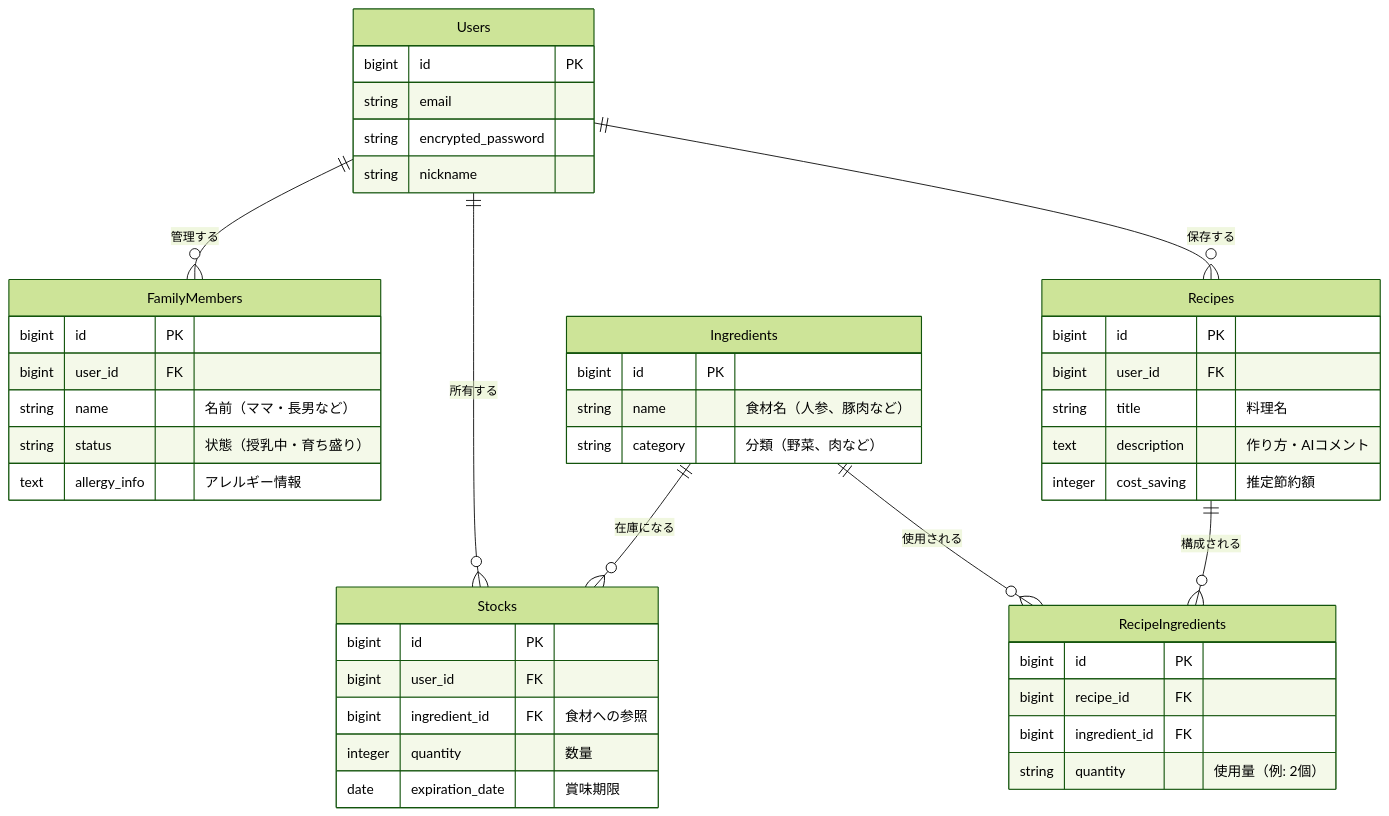
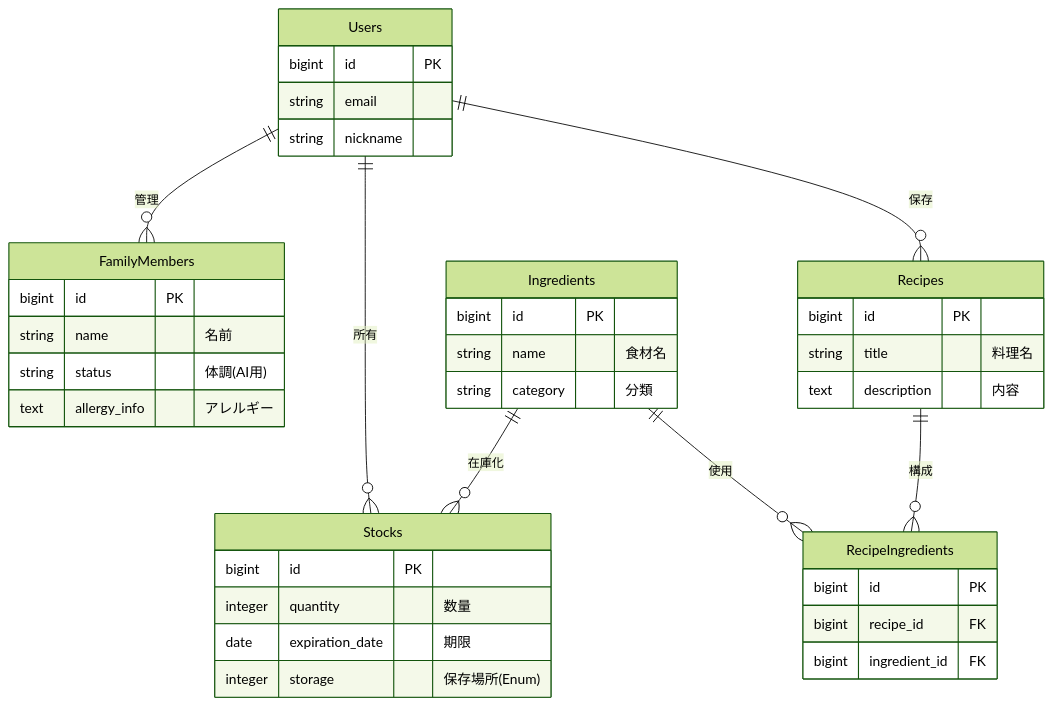
The diagram in README.md (han-techtech1020/family-chef), drawn with Mermaid (forest theme) before and after one commit. The commit also changed other lines of this file, not shown here.

````diff
--- a/README.md
+++ b/README.md
@@ -76,60 +57,48 @@
 ```mermaid
 erDiagram
-    Users ||--o{ FamilyMembers : "管理する"
-    Users ||--o{ Stocks : "所有する"
-    Users ||--o{ Recipes : "保存する"
+    Users ||--o{ FamilyMembers : "管理"
+    Users ||--o{ Stocks : "所有"
+    Users ||--o{ Recipes : "保存"
 
-    Ingredients ||--o{ Stocks : "在庫になる"
-    Ingredients ||--o{ RecipeIngredients : "使用される"
-    Recipes ||--o{ RecipeIngredients : "構成される"
+    Ingredients ||--o{ Stocks : "在庫化"
+    Ingredients ||--o{ RecipeIngredients : "使用"
+    Recipes ||--o{ RecipeIngredients : "構成"
 
-    %% ユーザーテーブル（パパ）
     Users {
         bigint id PK
         string email
-        string encrypted_password
         string nickname
     }
 
-    %% 家族情報（AIプロンプトの種）
     FamilyMembers {
         bigint id PK
-        bigint user_id FK
-        string name "名前（ママ・長男など）"
-        string status "状態（授乳中・育ち盛り）"
-        text allergy_info "アレルギー情報"
+        string name "名前"
+        string status "体調(AI用)"
+        text allergy_info "アレルギー"
     }
 
-    %% 食材マスタ（世の中に存在する食材リスト）
     Ingredients {
         bigint id PK
-        string name "食材名（人参、豚肉など）"
-        string category "分類（野菜、肉など）"
+        string name "食材名"
+        string category "分類"
     }
 
-    %% 在庫テーブル（冷蔵庫の中身）
     Stocks {
         bigint id PK
-        bigint user_id FK
-        bigint ingredient_id FK "食材への参照"
         integer quantity "数量"
-        date expiration_date "賞味期限"
+        date expiration_date "期限"
+        integer storage "保存場所(Enum)"
     }
 
-    %% レシピテーブル（AIが提案したもの）
     Recipes {
         bigint id PK
-        bigint user_id FK
         string title "料理名"
-        text description "作り方・AIコメント"
-        integer cost_saving "推定節約額"
+        text description "内容"
     }
 
-    %% ★中間テーブル（レシピと食材のつなぎ役）
     RecipeIngredients {
         bigint id PK
         bigint recipe_id FK
         bigint ingredient_id FK
-        string quantity "使用量（例: 2個）"
     }
 ```
````
